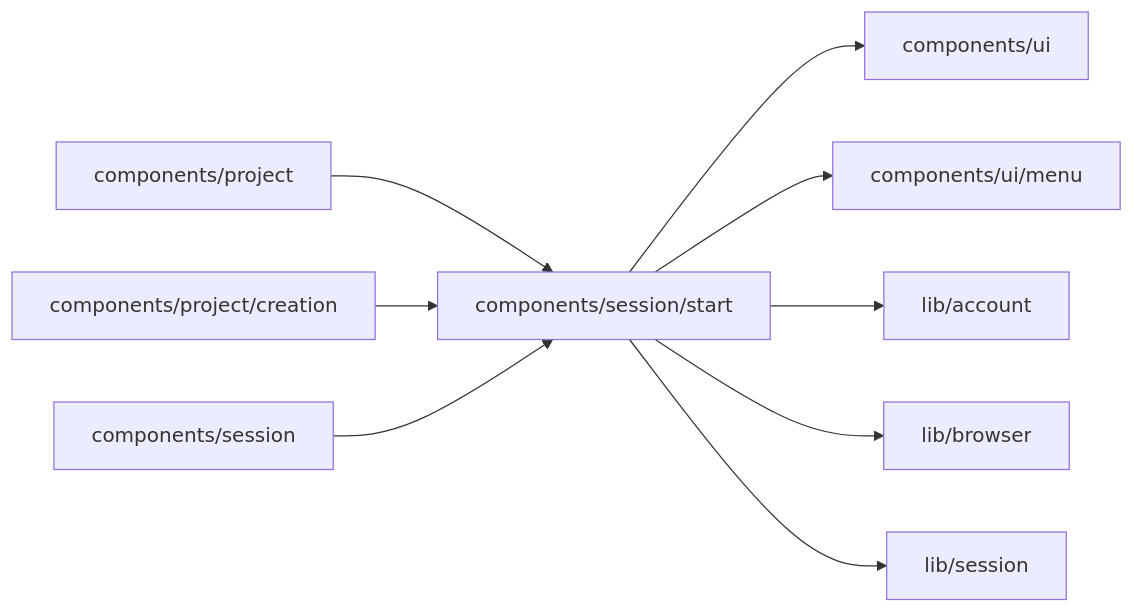
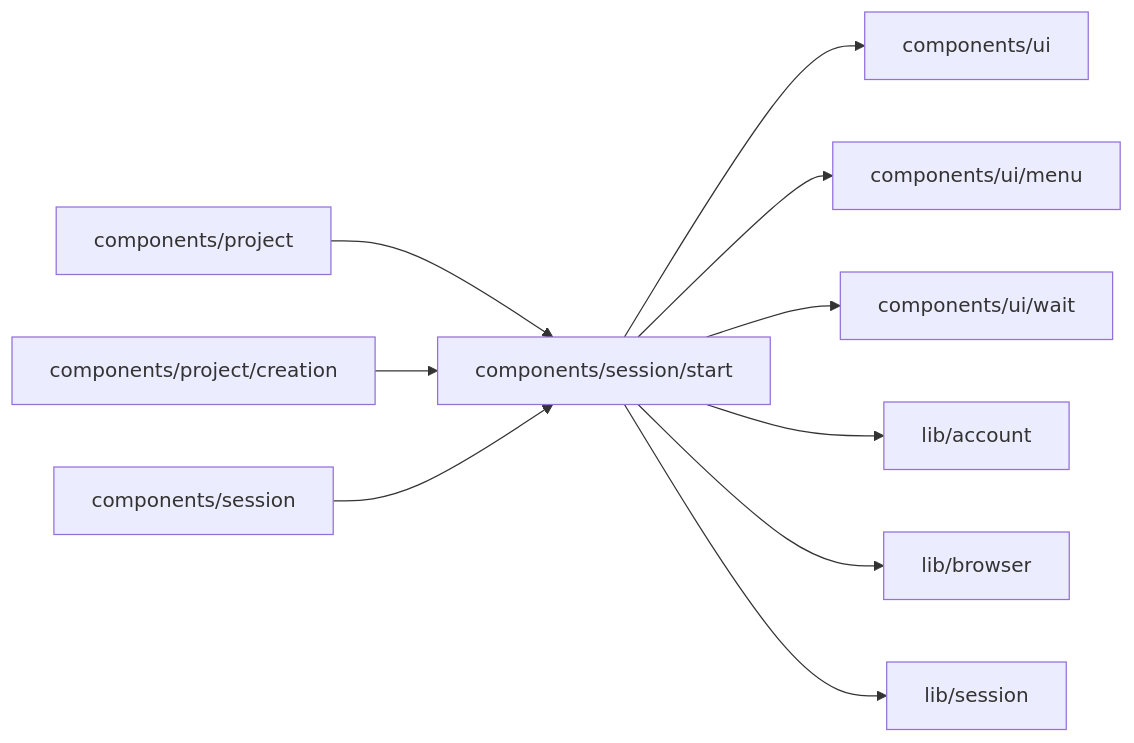
The diagram in web/studio/components/session/start/README.md (superdurable/superverse), drawn with Mermaid before and after one commit. The commit also changed other lines of this file and 28 other files, not shown here.

````diff
--- a/web/studio/components/session/start/README.md
+++ b/web/studio/components/session/start/README.md
@@ -10,12 +10,13 @@
 ```mermaid
 flowchart LR
   self["components/session/start"]
   c0["components/project"] --> self
   c1["components/project/creation"] --> self
   c2["components/session"] --> self
   self --> d0["components/ui"]
   self --> d1["components/ui/menu"]
-  self --> d2["lib/account"]
-  self --> d3["lib/browser"]
-  self --> d4["lib/session"]
+  self --> d2["components/ui/wait"]
+  self --> d3["lib/account"]
+  self --> d4["lib/browser"]
+  self --> d5["lib/session"]
 ```
````
